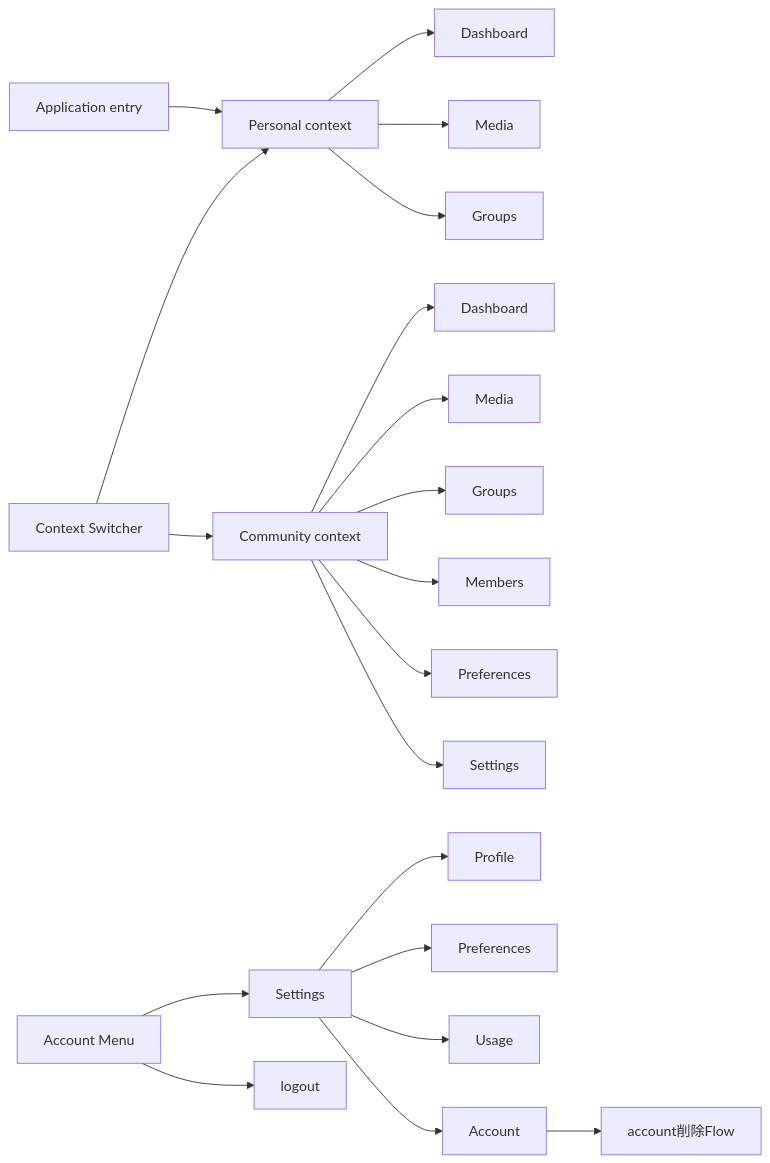
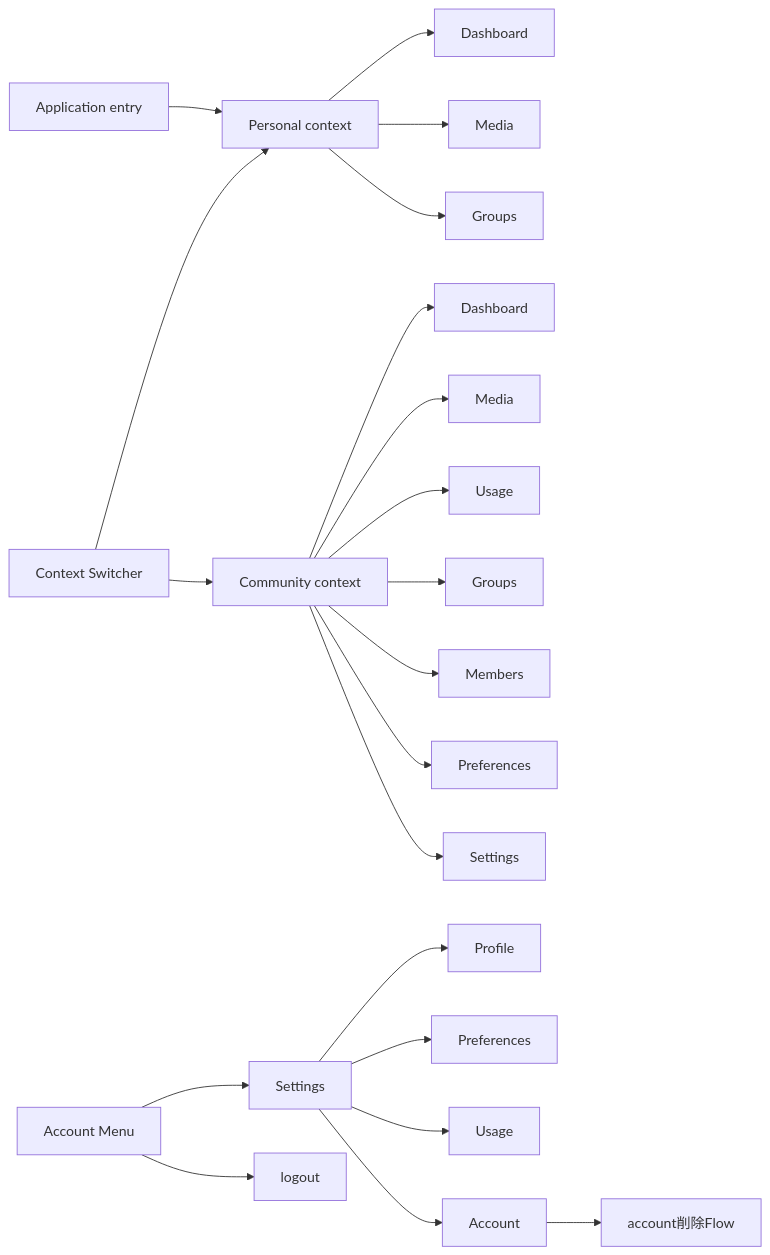
One commit to hazuki3417/memoria-design changed the diagram in content/system/application-information-architecture.mdx. Above: the diagram before and after it, drawn with Mermaid. The commit also changed other lines of this file, not shown here.

````diff
--- a/content/system/application-information-architecture.mdx
+++ b/content/system/application-information-architecture.mdx
@@ -19,22 +19,23 @@
 ```mermaid
 flowchart LR
     Entry["Application entry"] --> Personal["Personal context"]
     Personal --> PDashboard["Dashboard"]
     Personal --> PMedia["Media"]
     Personal --> PGroups["Groups"]
     Switcher["Context Switcher"] --> Personal
     Switcher --> Community["Community context"]
     Community --> CDashboard["Dashboard"]
     Community --> CMedia["Media"]
+    Community --> CUsage["Usage"]
     Community --> CGroups["Groups"]
     Community --> CMembers["Members"]
     Community --> CPreferences["Preferences"]
     Community --> CSettings["Settings"]
     Account["Account Menu"] --> Settings["Settings"]
     Settings --> Profile["Profile"]
     Settings --> Preferences["Preferences"]
     Settings --> Usage["Usage"]
     Settings --> AccountSettings["Account"]
     AccountSettings --> Deletion["account削除Flow"]
     Account --> Logout["logout"]
 ```
````
